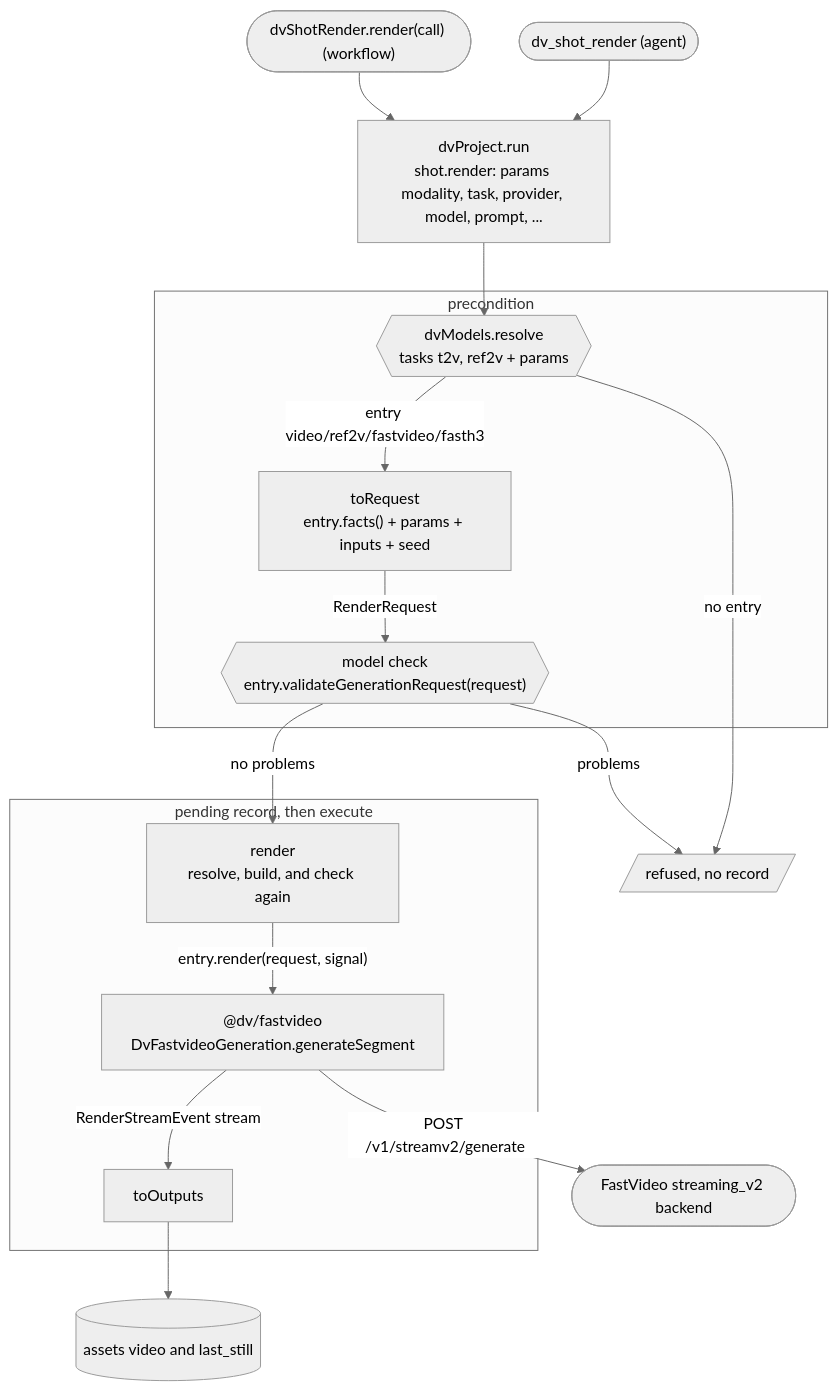
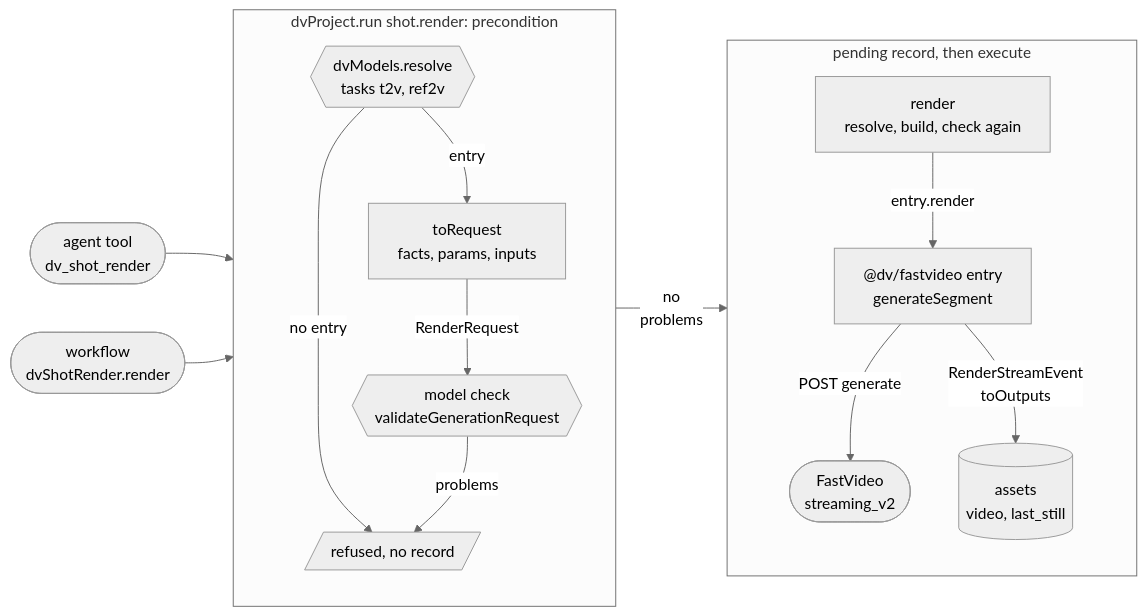
Before and after one commit to fastvideo-project/dreamverse-harness: the diagram in docs/dreamverse/subsystems/generation.zh.md, drawn with Mermaid (neutral theme). The commit also changed 20 other files, not shown here.

````diff
--- a/docs/dreamverse/subsystems/generation.zh.md
+++ b/docs/dreamverse/subsystems/generation.zh.md
@@ -118,31 +118,29 @@
 ```mermaid
-flowchart TB
-  agent(["dv_shot_render (agent)"])
-  workflow(["dvShotRender.render(call) (workflow)"])
-  run["dvProject.run<br/>shot.render: params modality, task, provider, model, prompt, ..."]
-  refused[/"refused, no record"/]
-  subgraph precondition["precondition"]
-    resolve{{"dvModels.resolve<br/>tasks t2v, ref2v + params"}}
-    toRequest["toRequest<br/>entry.facts() + params + inputs + seed"]
-    check{{"model check<br/>entry.validateGenerationRequest(request)"}}
+flowchart LR
+  agent(["agent tool<br/>dv_shot_render"])
+  workflow(["workflow<br/>dvShotRender.render"])
+  subgraph precondition["dvProject.run shot.render: precondition"]
+    direction TB
+    resolve{{"dvModels.resolve<br/>tasks t2v, ref2v"}}
+    toRequest["toRequest<br/>facts, params, inputs"]
+    check{{"model check<br/>validateGenerationRequest"}}
+    refused[/"refused, no record"/]
+    resolve -- "entry" --> toRequest
+    resolve -- "no entry" --> refused
+    toRequest -- "RenderRequest" --> check
+    check -- "problems" --> refused
   end
   subgraph execute["pending record, then execute"]
-    render["render<br/>resolve, build, and check again"]
-    fastvideo["@dv/fastvideo<br/>DvFastvideoGeneration.generateSegment"]
-    toOutputs["toOutputs"]
+    direction TB
+    render["render<br/>resolve, build, check again"]
+    fastvideo["@dv/fastvideo entry<br/>generateSegment"]
+    backend(["FastVideo<br/>streaming_v2"])
+    assets[("assets<br/>video, last_still")]
+    render -- "entry.render" --> fastvideo
+    fastvideo -- "POST generate" --> backend
+    fastvideo -- "RenderStreamEvent<br/>toOutputs" --> assets
   end
-  backend(["FastVideo streaming_v2 backend"])
-  assets[("assets video and last_still")]
-  agent --> run
-  workflow --> run
-  run --> resolve
-  resolve -- "entry video/ref2v/fastvideo/fasth3" --> toRequest
-  resolve -- "no entry" --> refused
-  toRequest -- "RenderRequest" --> check
-  check -- "problems" --> refused
-  check -- "no problems" --> render
-  render -- "entry.render(request, signal)" --> fastvideo
-  fastvideo -- "POST /v1/streamv2/generate" --> backend
-  fastvideo -- "RenderStreamEvent stream" --> toOutputs
-  toOutputs --> assets
+  agent --> precondition
+  workflow --> precondition
+  precondition -- "no<br/>problems" --> execute
 ```
````
